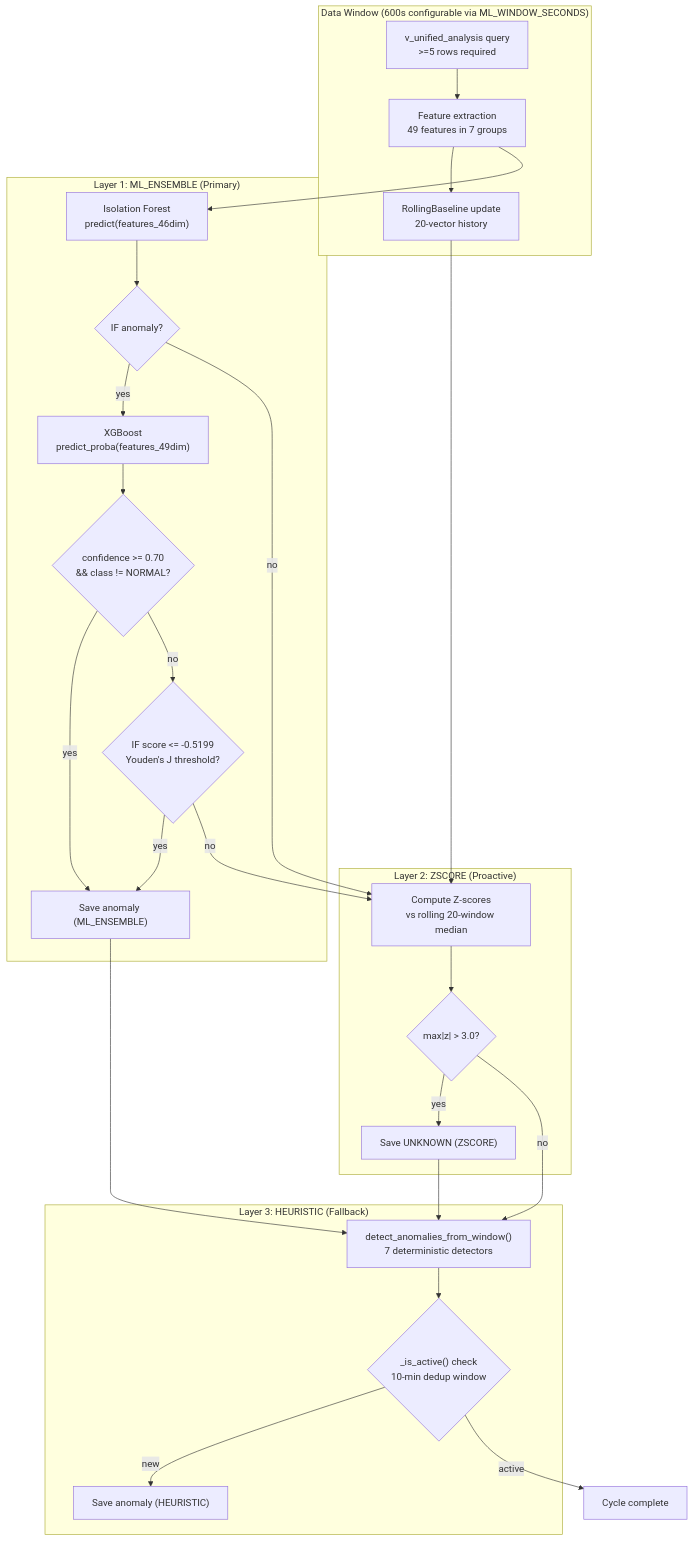
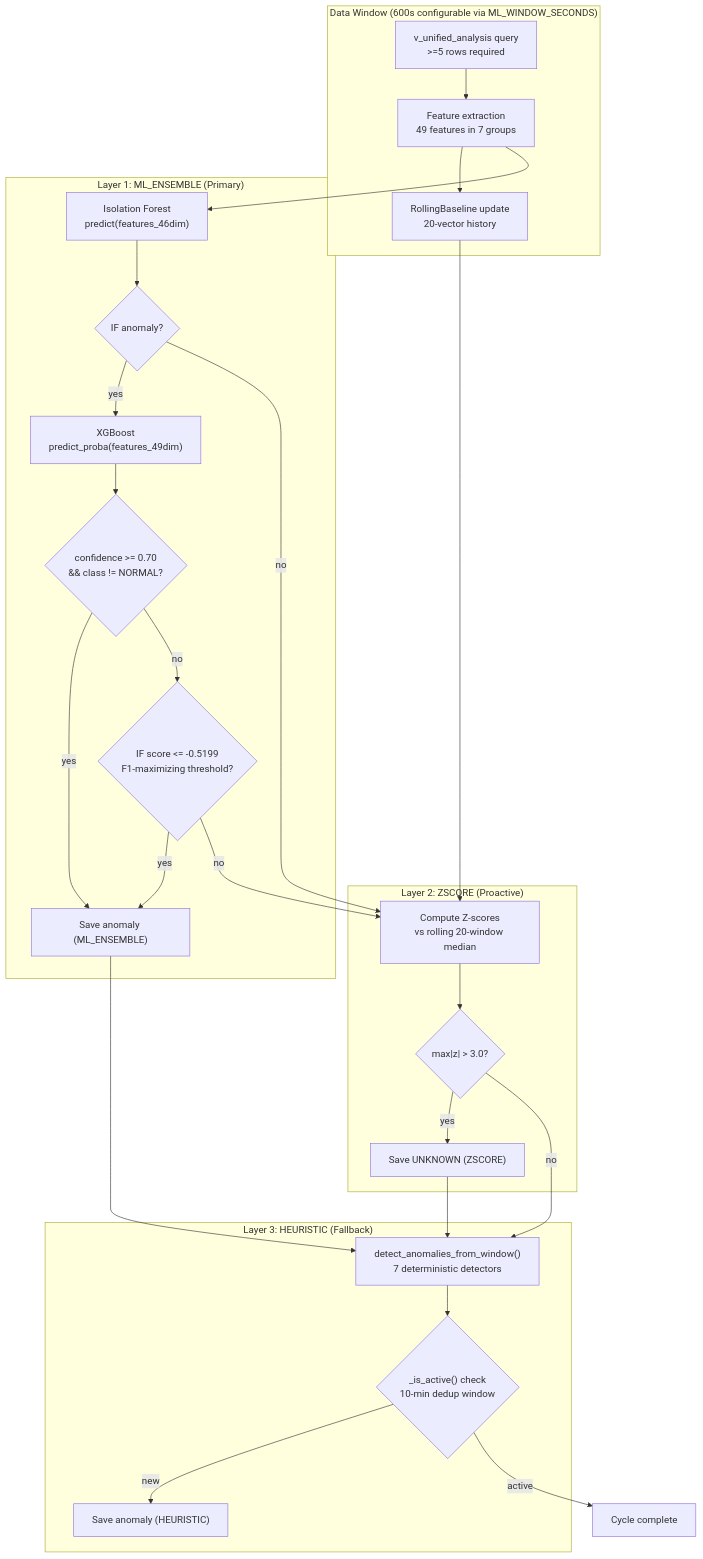
Before and after one commit to AhmedIkram05/laad: the fourth of 10 diagrams in docs/README-full.md, drawn with Mermaid. The commit also changed other lines of this file, not shown here.

````diff
--- a/docs/README-full.md
+++ b/docs/README-full.md
@@ -568,48 +568,48 @@
 ```mermaid
 flowchart TD
   subgraph Window ["Data Window (600s configurable via ML_WINDOW_SECONDS)"]
     Q["v_unified_analysis query<br/>>=5 rows required"]
     FE["Feature extraction<br/>49 features in 7 groups"]
     BU["RollingBaseline update<br/>20-vector history"]
   end
 
   subgraph Layer1 ["Layer 1: ML_ENSEMBLE (Primary)"]
     IF["Isolation Forest<br/>predict(features_46dim)"]
     IF_ANOM{"IF anomaly?"}
     XGB["XGBoost<br/>predict_proba(features_49dim)"]
     HIGH{"confidence >= 0.70<br/>&& class != NORMAL?"}
-    UNKNOWN{"IF score <= -0.5199<br/>Youden's J threshold?"}
+    UNKNOWN{"IF score <= -0.5199<br/>F1-maximizing threshold?"}
     SAVE1["Save anomaly (ML_ENSEMBLE)"]
   end
 
   subgraph Layer2 ["Layer 2: ZSCORE (Proactive)"]
     ZR["Compute Z-scores<br/>vs rolling 20-window median"]
     MAXZ{"max|z| > 3.0?"}
     SAVE2["Save UNKNOWN (ZSCORE)"]
   end
 
   subgraph Layer3 ["Layer 3: HEURISTIC (Fallback)"]
     DET["detect_anomalies_from_window()<br/>7 deterministic detectors"]
     DEDUP{"_is_active() check<br/>10-min dedup window"}
     SAVE3["Save anomaly (HEURISTIC)"]
   end
 
   Q --> FE --> BU
   FE --> IF
   IF --> IF_ANOM
   IF_ANOM -->|"yes"| XGB
   IF_ANOM -->|"no"| ZR
   XGB --> HIGH
   HIGH -->|"yes"| SAVE1
   HIGH -->|"no"| UNKNOWN
   UNKNOWN -->|"yes"| SAVE1
   UNKNOWN -->|"no"| ZR
   BU --> ZR
   ZR --> MAXZ
   MAXZ -->|"yes"| SAVE2
   MAXZ -->|"no"| DET
   SAVE1 & SAVE2 --> DET
   DET --> DEDUP
   DEDUP -->|"new"| SAVE3
   DEDUP -->|"active"| END["Cycle complete"]
 ```
````
